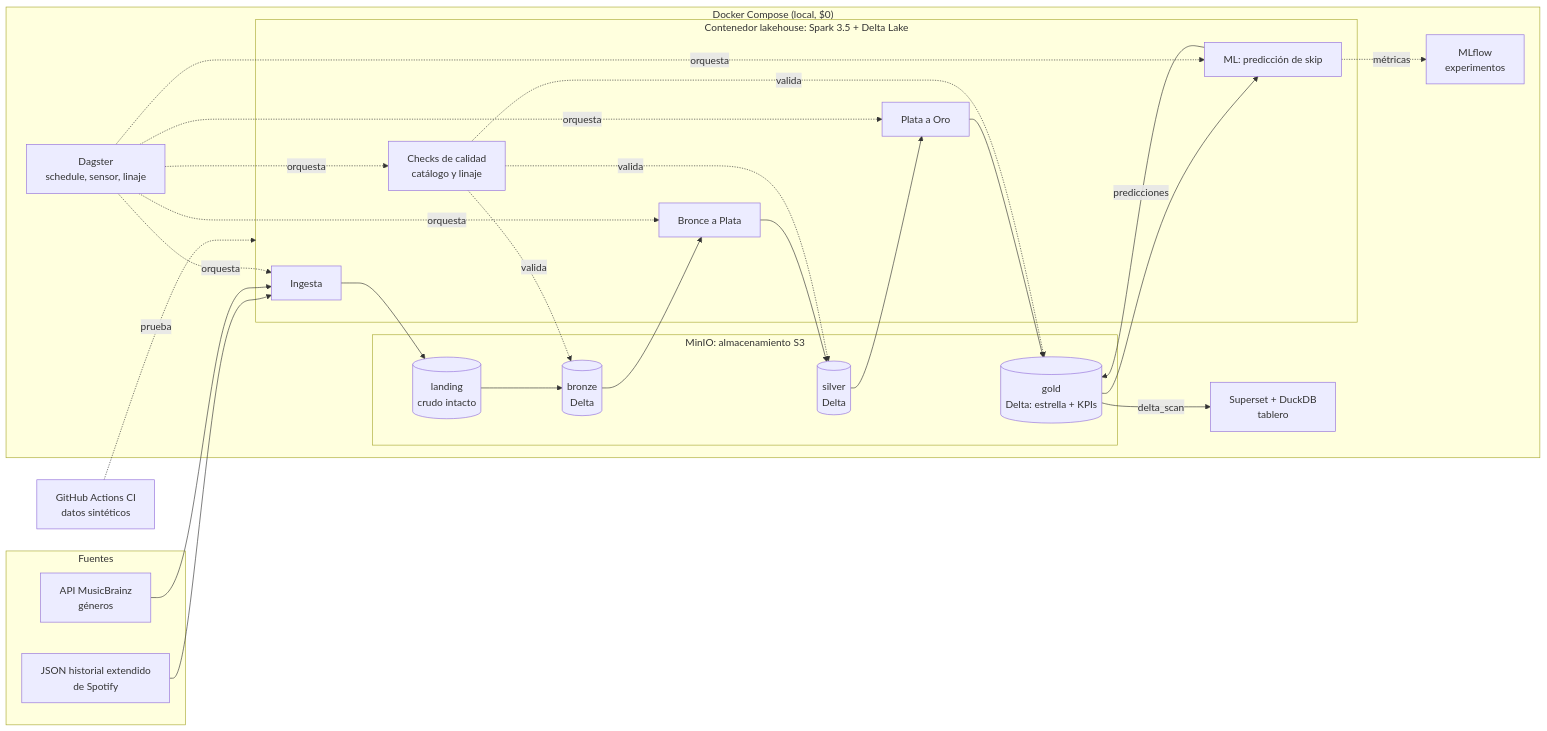
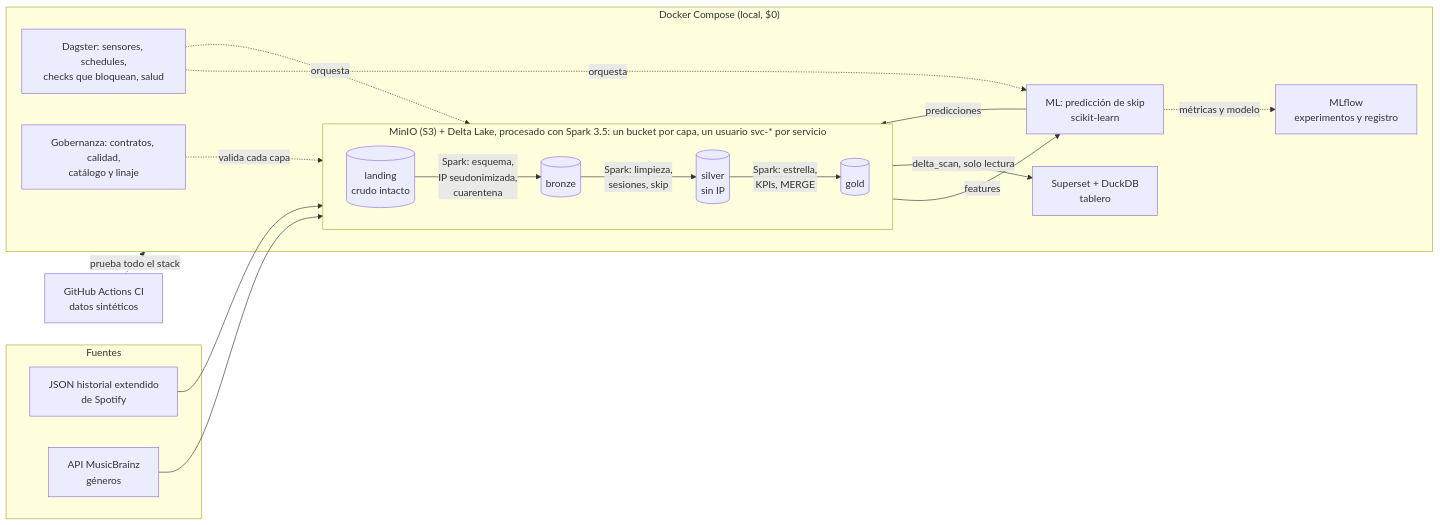
One commit to gabrielalvarezsurexs/LAKEHOUSE_EMPRESARIAL changed the diagram in ENTREGABLES/01_diagrama_arquitectura/DIAGRAMA.md. Above: the diagram before and after it, drawn with Mermaid. The commit also changed other lines of this file and 51 other files, not shown here.

````diff
--- a/ENTREGABLES/01_diagrama_arquitectura/DIAGRAMA.md
+++ b/ENTREGABLES/01_diagrama_arquitectura/DIAGRAMA.md
@@ -5,36 +8,33 @@
 ```mermaid
 flowchart LR
   subgraph Fuentes
     S[JSON historial extendido<br/>de Spotify]
     MB[API MusicBrainz<br/>géneros]
   end
 
   subgraph Docker["Docker Compose (local, $0)"]
-    subgraph MinIO["MinIO: almacenamiento S3"]
-      L[(landing<br/>crudo intacto)]
-      B[(bronze<br/>Delta)]
-      P[(silver<br/>Delta)]
-      O[(gold<br/>Delta: estrella + KPIs)]
+    subgraph Medallion["MinIO (S3) + Delta Lake, procesado con Spark 3.5: un bucket por capa, un usuario svc-* por servicio"]
+      direction LR
+      L[(landing<br/>crudo intacto)] -->|Spark: esquema,<br/>IP seudonimizada,<br/>cuarentena| B[(bronze)]
+      B -->|Spark: limpieza,<br/>sesiones, skip| P[(silver<br/>sin IP)]
+      P -->|Spark: estrella,<br/>KPIs, MERGE| O[(gold)]
     end
-    subgraph App["Contenedor lakehouse: Spark 3.5 + Delta Lake"]
-      I[Ingesta]
-      T1[Bronce a Plata]
-      T2[Plata a Oro]
-      Q[Checks de calidad<br/>catálogo y linaje]
-      ML[ML: predicción de skip]
-    end
-    D[Dagster<br/>schedule, sensor, linaje]
-    MF[MLflow<br/>experimentos]
+    D[Dagster: sensores, schedules,<br/>checks que bloquean, salud]
+    Q[Gobernanza: contratos, calidad,<br/>catálogo y linaje]
+    ML[ML: predicción de skip<br/>scikit-learn]
+    MF[MLflow<br/>experimentos y registro]
     SS[Superset + DuckDB<br/>tablero]
   end
 
-  S --> I
-  MB --> I
-  I --> L --> B --> T1 --> P --> T2 --> O
-  Q -. valida .-> B & P & O
-  O --> ML -->|predicciones| O
-  ML -. métricas .-> MF
-  O -->|delta_scan| SS
-  D -. orquesta .-> I & T1 & T2 & Q & ML
-  GH[GitHub Actions CI<br/>datos sintéticos] -. prueba .-> App
+  GH[GitHub Actions CI<br/>datos sintéticos]
+
+  S --> L
+  MB --> L
+  O -->|features| ML -->|predicciones| O
+  ML -.->|métricas y modelo| MF
+  O -->|delta_scan, solo lectura| SS
+  Q -.->|valida cada capa| Medallion
+  D -.->|orquesta| Medallion
+  D -.->|orquesta| ML
+  GH -.->|prueba todo el stack| Docker
 ```
````
